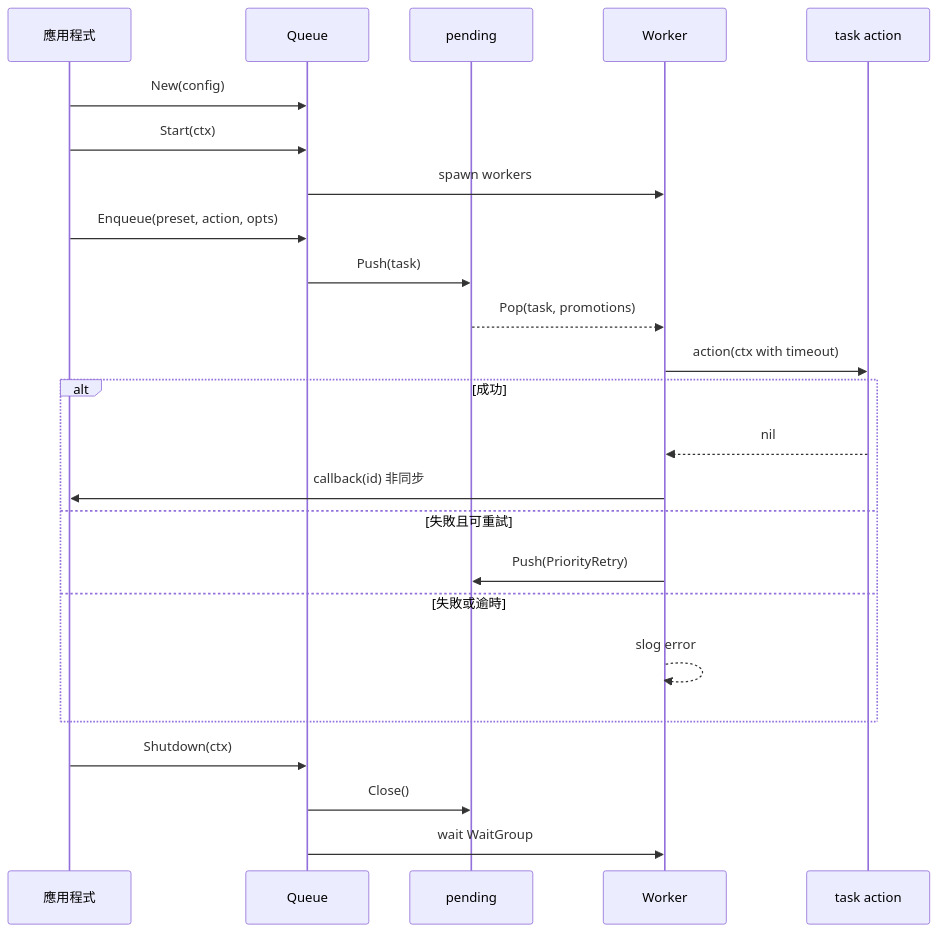
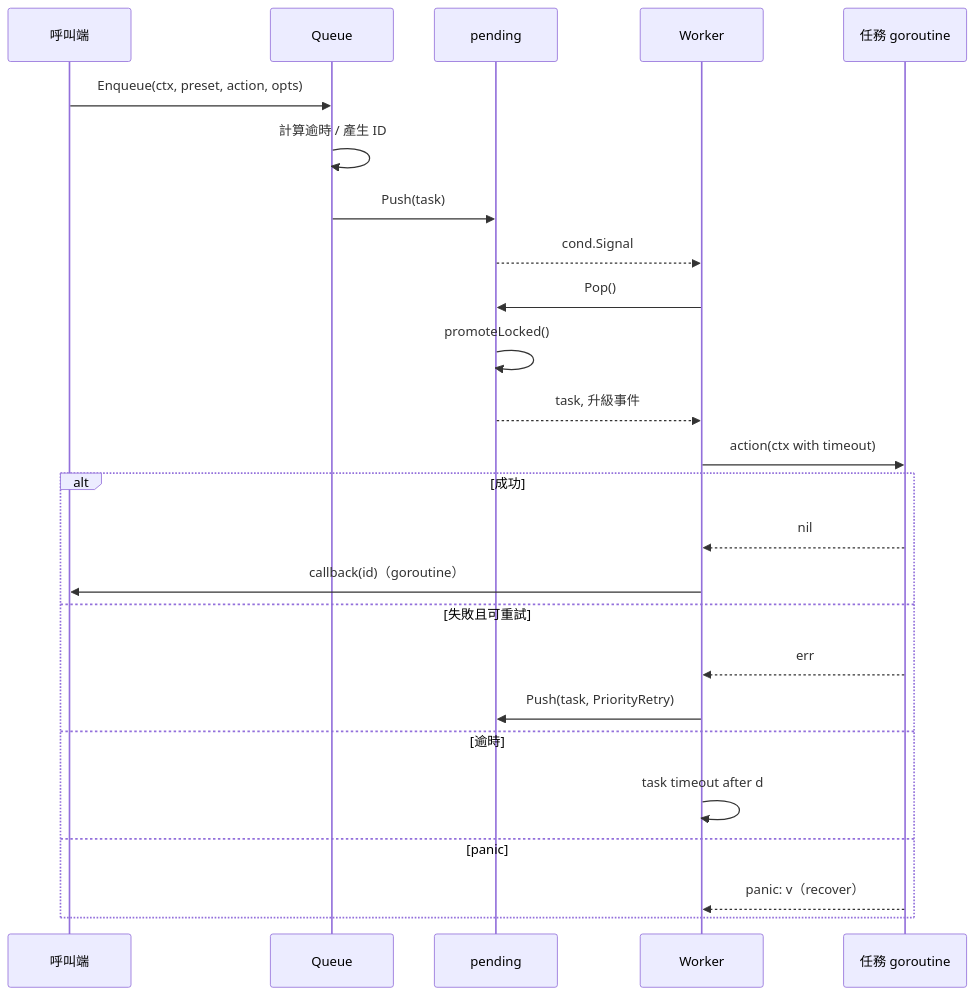
Before and after one commit to pardnchiu/go-queue: the seventh of 9 diagrams in doc/architecture.zh.md, drawn with Mermaid. The commit also changed other lines of this file and 7 other files, not shown here.

Commit message:
doc: Regenerate bilingual README, usage docs, and architecture for core package

````diff
--- a/doc/architecture.zh.md
+++ b/doc/architecture.zh.md
@@ -95,27 +139,27 @@
 ```mermaid
 sequenceDiagram
-    participant App as 應用程式
+    participant C as 呼叫端
     participant Q as Queue
     participant P as pending
     participant W as Worker
-    participant T as task action
-
-    App->>Q: New(config)
-    App->>Q: Start(ctx)
-    Q->>W: spawn workers
-    App->>Q: Enqueue(preset, action, opts)
+    participant T as 任務 goroutine
+    C->>Q: Enqueue(ctx, preset, action, opts)
+    Q->>Q: 計算逾時 / 產生 ID
     Q->>P: Push(task)
-    P-->>W: Pop(task, promotions)
+    P-->>W: cond.Signal
+    W->>P: Pop()
+    P->>P: promoteLocked()
+    P-->>W: task, 升級事件
     W->>T: action(ctx with timeout)
     alt 成功
         T-->>W: nil
-        W->>App: callback(id) 非同步
+        W->>C: callback(id)（goroutine）
     else 失敗且可重試
-        W->>P: Push(PriorityRetry)
-    else 失敗或逾時
-        W-->>W: slog error
+        T-->>W: err
+        W->>P: Push(task, PriorityRetry)
+    else 逾時
+        W->>W: task timeout after d
+    else panic
+        T-->>W: panic: v（recover）
     end
-    App->>Q: Shutdown(ctx)
-    Q->>P: Close()
-    Q->>W: wait WaitGroup
 ```
````
